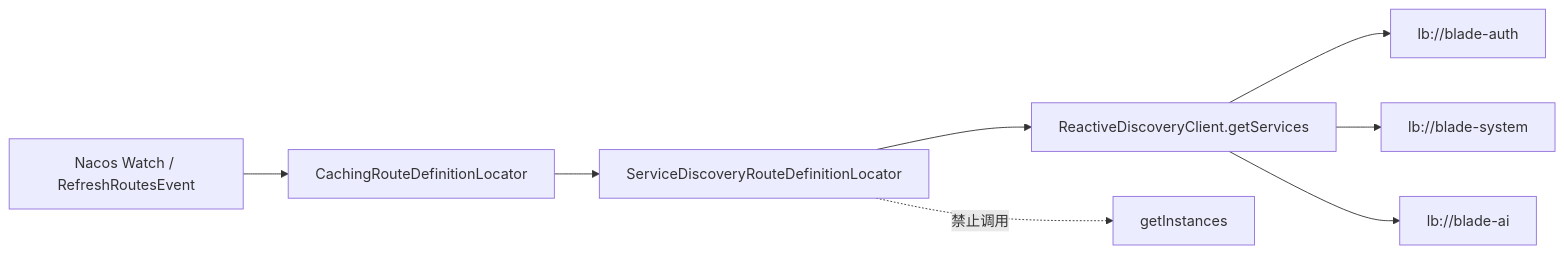
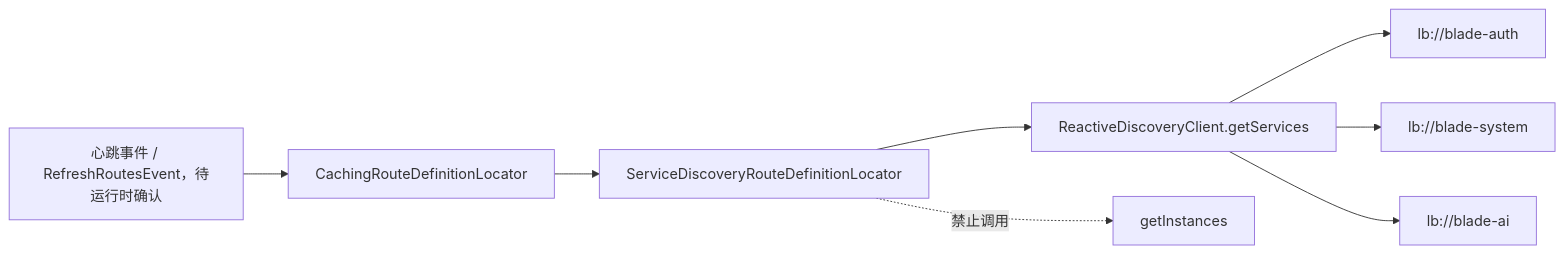
One commit to anInterestingName/SpringBlade changed the first of 2 diagrams in doc/design/DESIGN-REQ-2026-007-loadbalancer-isolation.md. Above: the diagram before and after it, drawn with Mermaid. The commit also changed other lines of this file and 3 other files, not shown here.

````diff
--- a/doc/design/DESIGN-REQ-2026-007-loadbalancer-isolation.md
+++ b/doc/design/DESIGN-REQ-2026-007-loadbalancer-isolation.md
@@ -51,10 +51,10 @@
 ```mermaid
 flowchart LR
-    Watch[Nacos Watch / RefreshRoutesEvent] --> Cache[CachingRouteDefinitionLocator]
+    Watch[心跳事件 / RefreshRoutesEvent，待运行时确认] --> Cache[CachingRouteDefinitionLocator]
     Cache --> Local[ServiceDiscoveryRouteDefinitionLocator]
     Local --> Services[ReactiveDiscoveryClient.getServices]
     Services --> AuthRoute[lb://blade-auth]
     Services --> SystemRoute[lb://blade-system]
     Services --> AiRoute[lb://blade-ai]
     Local -. 禁止调用 .-> Instances[getInstances]
 ```
````
